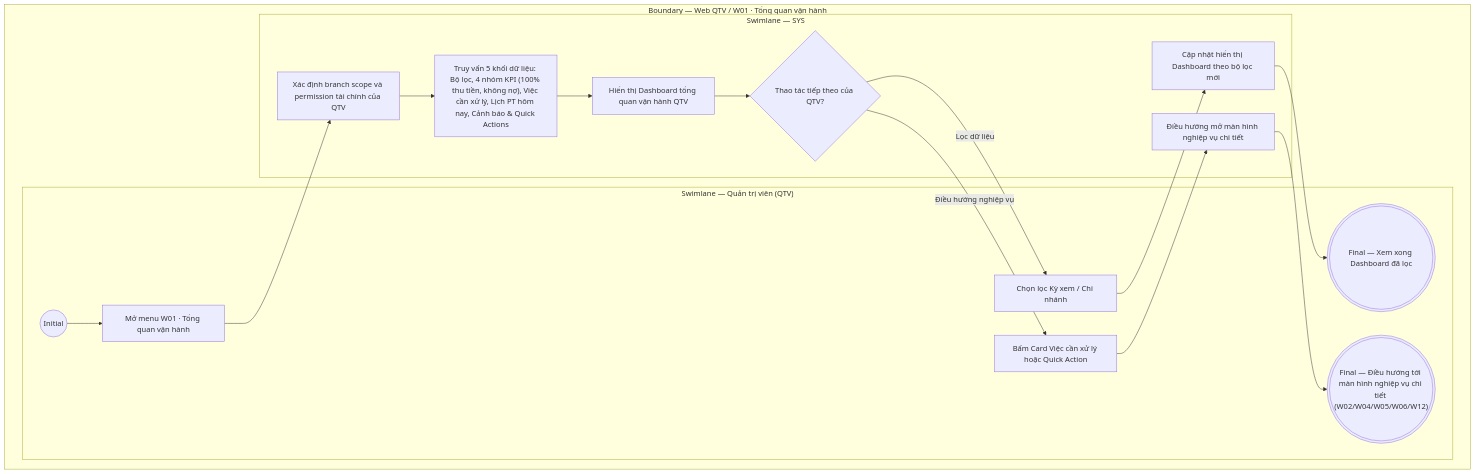
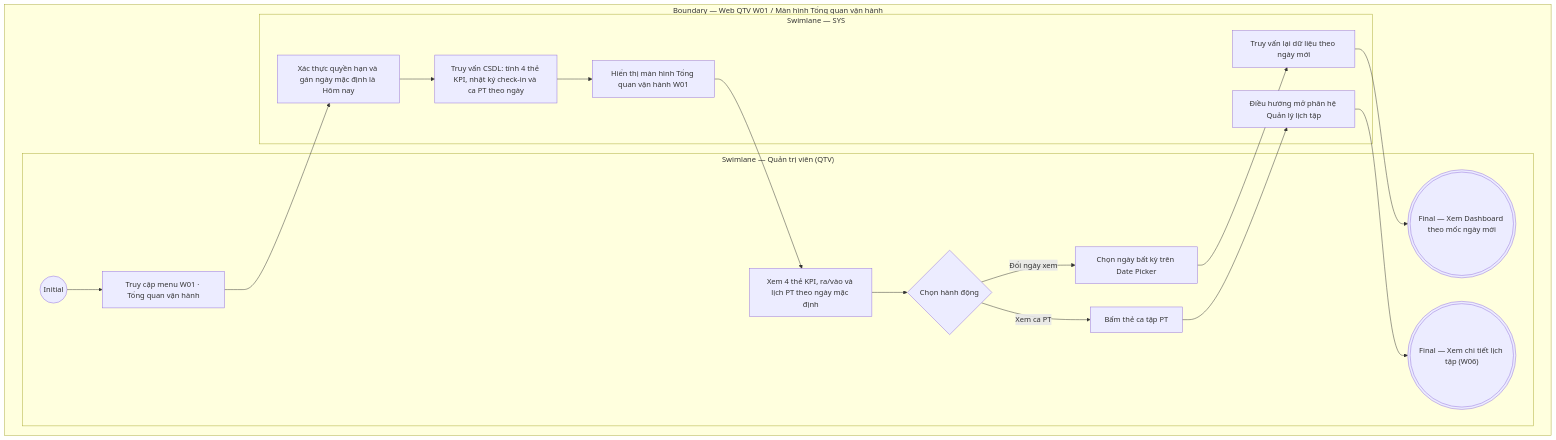
Before and after one commit to ThachY-23120411/Paradise-Gym-v2: the diagram in docs/user-stories/qtv/QTV-W01-Tổng quan vận hành/QTV-W01-US01-Xem tổng quan vận hành.md, drawn with Mermaid. The commit also changed other lines of this file and 40 other files, not shown here.

````diff
--- a/docs/user-stories/qtv/QTV-W01-Tổng quan vận hành/QTV-W01-US01-Xem tổng quan vận hành.md
+++ b/docs/user-stories/qtv/QTV-W01-Tổng quan vận hành/QTV-W01-US01-Xem tổng quan vận hành.md
@@ -60,34 +73,29 @@
 ```mermaid
 flowchart TB
-  subgraph B["Boundary — Web QTV / W01 · Tổng quan vận hành"]
+  subgraph B["Boundary — Web QTV W01 / Màn hình Tổng quan vận hành"]
     subgraph L0["Swimlane — Quản trị viên (QTV)"]
       I01(("Initial"))
-      A01["Mở menu W01 · Tổng quan vận hành"]
-      A02["Chọn lọc Kỳ xem / Chi nhánh"]
-      A03["Bấm Card Việc cần xử lý hoặc Quick Action"]
-      F01((("Final — Xem xong Dashboard đã lọc")))
-      F02((("Final — Điều hướng tới màn hình nghiệp vụ chi tiết (W02/W04/W05/W06/W12)")))
+      A01["Truy cập menu W01 · Tổng quan vận hành"]
+      A02["Xem 4 thẻ KPI, ra/vào và lịch PT theo ngày mặc định"]
+      A03{"Chọn hành động"}
+      A04["Chọn ngày bất kỳ trên Date Picker"]
+      A05["Bấm thẻ ca tập PT"]
+      F01((("Final — Xem Dashboard theo mốc ngày mới")))
+      F02((("Final — Xem chi tiết lịch tập (W06)")))
     end
 
     subgraph L1["Swimlane — SYS"]
-      S01["Xác định branch scope và permission tài chính của QTV"]
-      S02["Truy vấn 5 khối dữ liệu: Bộ lọc, 4 nhóm KPI (100% thu tiền, không nợ), Việc cần xử lý, Lịch PT hôm nay, Cảnh báo & Quick Actions"]
-      S03["Hiển thị Dashboard tổng quan vận hành QTV"]
-      D01{"Thao tác tiếp theo của QTV?"}
-      S04["Cập nhật hiển thị Dashboard theo bộ lọc mới"]
-      S05["Điều hướng mở màn hình nghiệp vụ chi tiết"]
+      S01["Xác thực quyền hạn và gán ngày mặc định là Hôm nay"]
+      S02["Truy vấn CSDL: tính 4 thẻ KPI, nhật ký check-in và ca PT theo ngày"]
+      S03["Hiển thị màn hình Tổng quan vận hành W01"]
+      S04["Truy vấn lại dữ liệu theo ngày mới"]
+      S05["Điều hướng mở phân hệ Quản lý lịch tập"]
 
       I01 --> A01
-      A01 --> S01
-      S01 --> S02
-      S02 --> S03
-      S03 --> D01
-      D01 -- "Lọc dữ liệu" --> A02
-      A02 --> S04
-      S04 --> F01
-      D01 -- "Điều hướng nghiệp vụ" --> A03
-      A03 --> S05
-      S05 --> F02
+      A01 --> S01 --> S02 --> S03 --> A02
+      A02 --> A03
+      A03 -->|Đổi ngày xem| A04 --> S04 --> F01
+      A03 -->|Xem ca PT| A05 --> S05 --> F02
     end
   end
 ```
````
